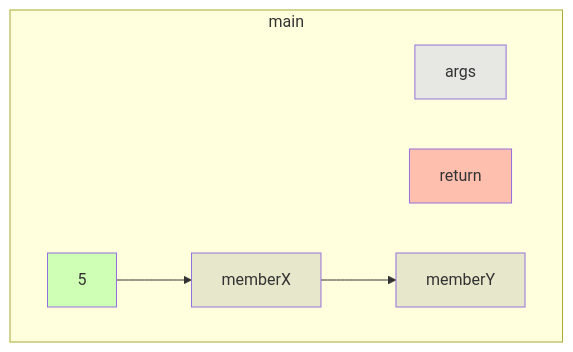
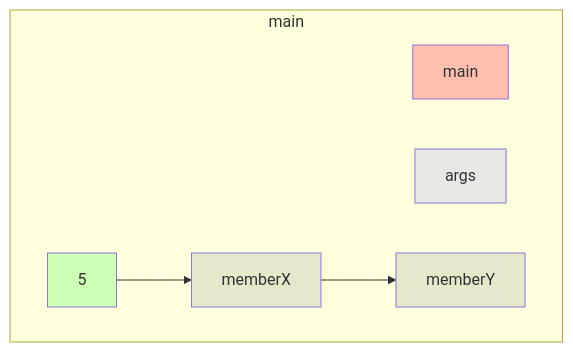
One commit to gstiebler/codeflow changed the diagram in app/src/test/resources/files/truth.md. Above: the diagram before and after it, drawn with Mermaid. The commit also changed 12 other files, not shown here.

````diff
--- a/app/src/test/resources/files/truth.md
+++ b/app/src/test/resources/files/truth.md
@@ -1,17 +1,17 @@
 ```mermaid
 flowchart TD
-  subgraph main
-    -1044679101[memberX]:::VARIABLE
-    13678[args]:::FUNC_PARAM
-    890261[return]:::RETURN
-    983796[5]:::LITERAL
-    1861021189[memberY]:::VARIABLE
-    -1044679101[memberX]:::VARIABLE --> 1861021189[memberY]:::VARIABLE
-    983796[5]:::LITERAL --> -1044679101[memberX]:::VARIABLE
+  subgraph 4308940["main"]
+    203055[5]:::LITERAL
+    56996632[main]:::RETURN
+    1296498184[args]:::FUNC_PARAM
+    16131186940[memberX]:::VARIABLE
+    16131193604[memberY]:::VARIABLE
+    203055[5]:::LITERAL --> 16131186940[memberX]:::VARIABLE
+    16131186940[memberX]:::VARIABLE --> 16131193604[memberY]:::VARIABLE
   end
   classDef LITERAL fill:#00FF0030
   classDef VARIABLE fill:#80808030
   classDef BIN_OP fill:#80808080
   classDef FUNC_PARAM fill:#8080FF30
   classDef RETURN fill:#FF808080
 ```
````
